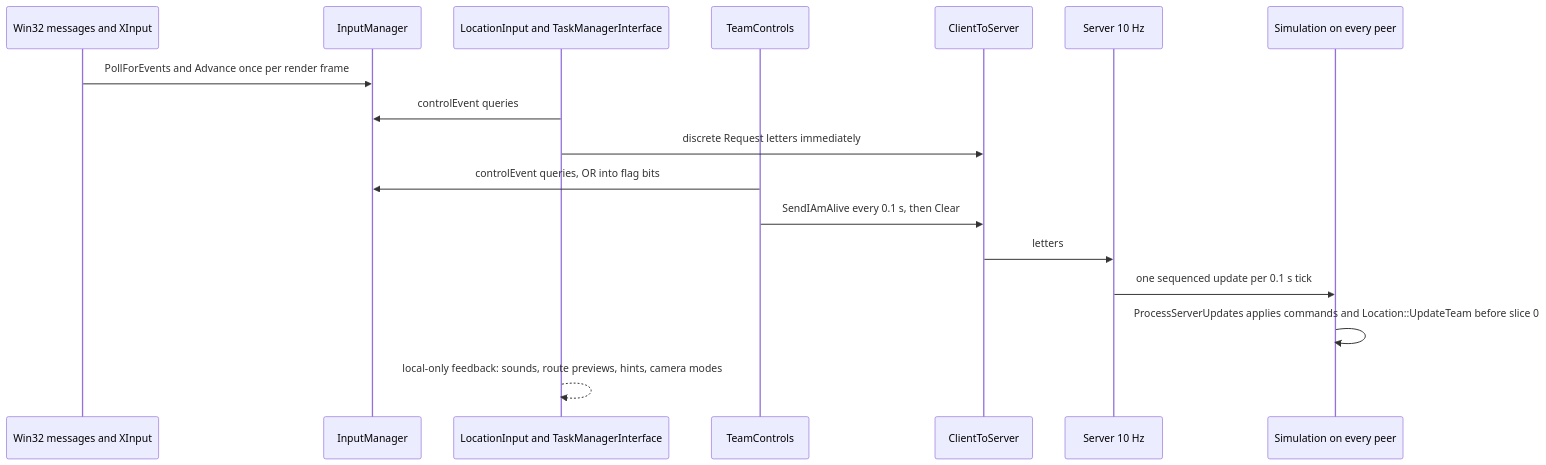
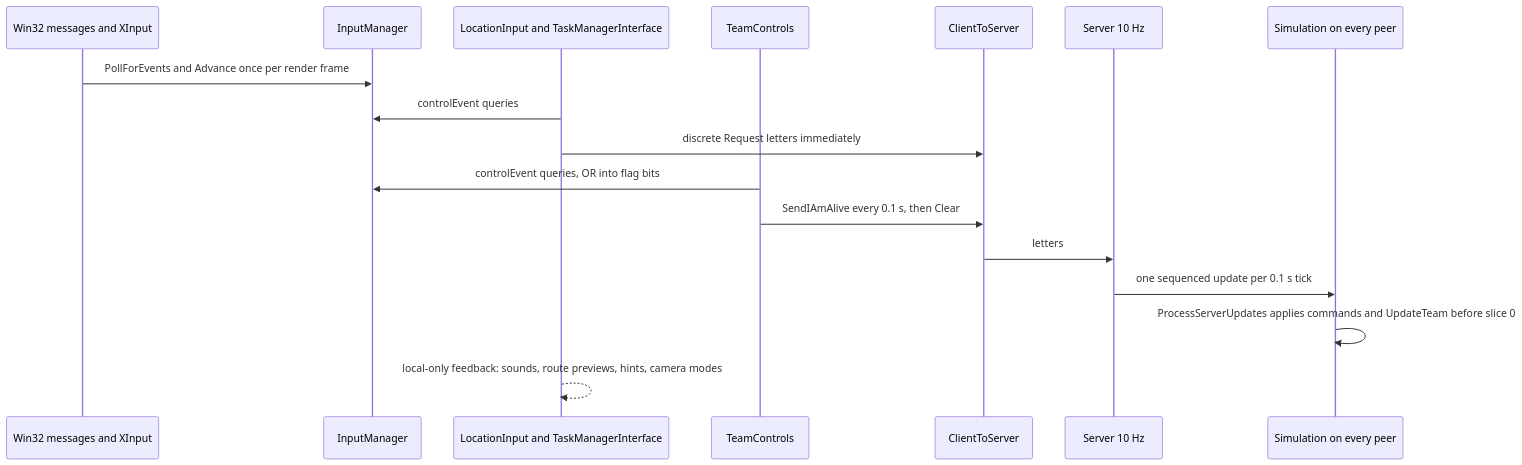
One commit to Zwaliebaba/Species.AI changed the first of 9 diagrams in design/06_player_control_and_input.md. Above: the diagram before and after it, drawn with Mermaid. The commit also changed other lines of this file and 46 other files, not shown here.

First line of the commit message:
Add 23_terrain, 24_rendering, 28_ui_framework; Mermaid validator; Phase 2 complete

````diff
--- a/design/06_player_control_and_input.md
+++ b/design/06_player_control_and_input.md
@@ -59,19 +59,19 @@
 ```mermaid
 sequenceDiagram
     participant HW as Win32 messages and XInput
     participant IM as InputManager
     participant LI as LocationInput and TaskManagerInterface
     participant TC as TeamControls
     participant C2S as ClientToServer
     participant SV as Server 10 Hz
     participant SIM as Simulation on every peer
     HW->>IM: PollForEvents and Advance once per render frame
     LI->>IM: controlEvent queries
     LI->>C2S: discrete Request letters immediately
     TC->>IM: controlEvent queries, OR into flag bits
     TC->>C2S: SendIAmAlive every 0.1 s, then Clear
     C2S->>SV: letters
     SV->>SIM: one sequenced update per 0.1 s tick
-    SIM->>SIM: ProcessServerUpdates applies commands and Location::UpdateTeam before slice 0
+    SIM->>SIM: ProcessServerUpdates applies commands and UpdateTeam before slice 0
     LI-->>LI: local-only feedback: sounds, route previews, hints, camera modes
 ```
````
